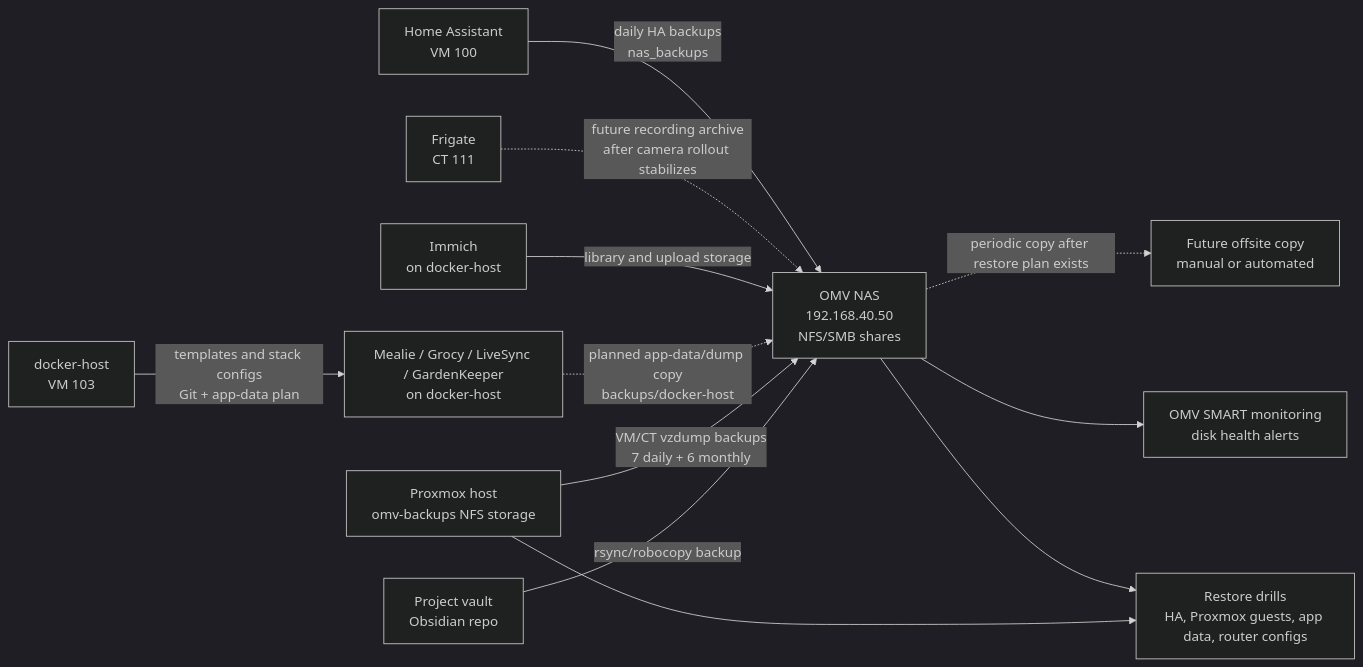
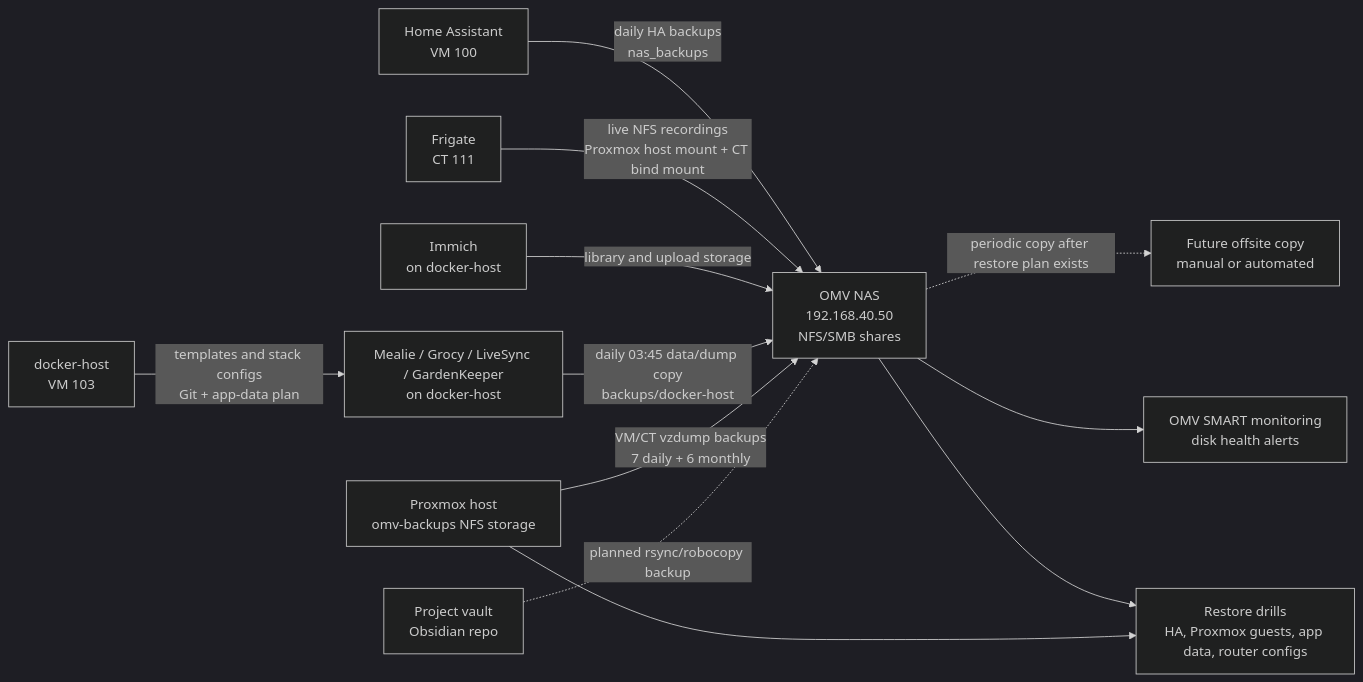
The diagram in main/docs/diagrams/storage/storage-and-backup-flow.mermaid (Nysplaidame/home-automation-project), drawn with Mermaid (dark theme) before and after one commit. The commit also changed 61 other files, not shown here.

```diff
--- a/main/docs/diagrams/storage/storage-and-backup-flow.mermaid
+++ b/main/docs/diagrams/storage/storage-and-backup-flow.mermaid
@@ -1,26 +1,26 @@
 flowchart LR
     HA["Home Assistant<br/>VM 100"]
     Frigate["Frigate<br/>CT 111"]
     DockerHost["docker-host<br/>VM 103"]
     Immich["Immich<br/>on docker-host"]
     Apps["Mealie / Grocy / LiveSync / GardenKeeper<br/>on docker-host"]
     OMV["OMV NAS<br/>192.168.40.50<br/>NFS/SMB shares"]
     Proxmox["Proxmox host<br/>omv-backups NFS storage"]
     Vault["Project vault<br/>Obsidian repo"]
     Offsite["Future offsite copy<br/>manual or automated"]
 
     HA -->|"daily HA backups<br/>nas_backups"| OMV
-    Frigate -.->|"future recording archive<br/>after camera rollout stabilizes"| OMV
+    Frigate -->|"live NFS recordings<br/>Proxmox host mount + CT bind mount"| OMV
     Immich -->|"library and upload storage"| OMV
-    Apps -.->|"planned app-data/dump copy<br/>backups/docker-host"| OMV
+    Apps -->|"daily 03:45 data/dump copy<br/>backups/docker-host"| OMV
     DockerHost -->|"templates and stack configs<br/>Git + app-data plan"| Apps
     Proxmox -->|"VM/CT vzdump backups<br/>7 daily + 6 monthly"| OMV
-    Vault -->|"rsync/robocopy backup"| OMV
+    Vault -.->|"planned rsync/robocopy backup"| OMV
     OMV -.->|"periodic copy after restore plan exists"| Offsite
 
     SMART["OMV SMART monitoring<br/>disk health alerts"]
     Restore["Restore drills<br/>HA, Proxmox guests, app data, router configs"]
 
     OMV --> SMART
     OMV --> Restore
     Proxmox --> Restore
```
